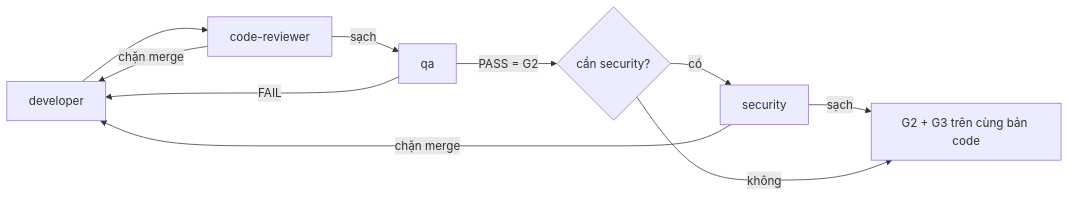
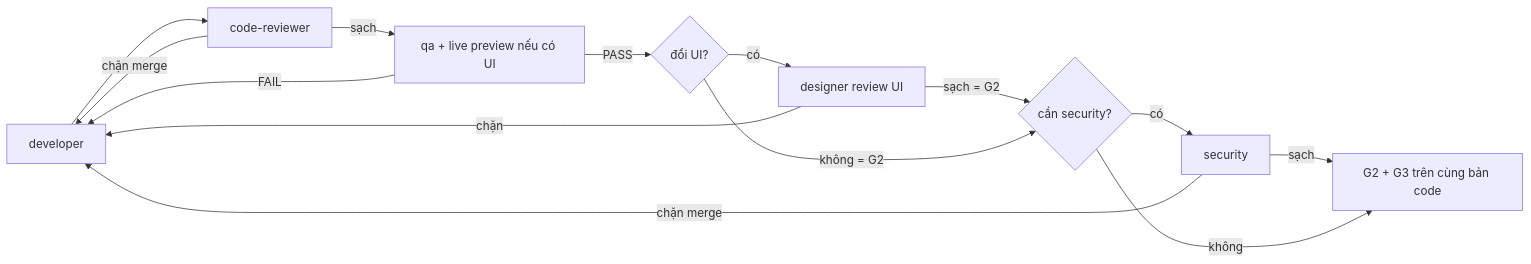
Before and after one commit to Tuan-Quyen/technical-teams: the second of 4 diagrams in README.md, drawn with Mermaid. The commit also changed other lines of this file and 22 other files, not shown here.

First line of the commit message:
Add designer role and live-preview QA skill

````diff
--- a/README.md
+++ b/README.md
@@ -176,12 +182,16 @@
 ```mermaid
 flowchart LR
   D[developer] --> CR[code-reviewer]
   CR -- chặn merge --> D
-  CR -- sạch --> Q[qa]
+  CR -- sạch --> Q[qa + live preview nếu có UI]
   Q -- FAIL --> D
-  Q -- PASS = G2 --> S{cần security?}
+  Q -- PASS --> U{đổi UI?}
+  U -- có --> DR[designer review UI]
+  DR -- chặn --> D
+  DR -- sạch = G2 --> S
+  U -- không = G2 --> S{cần security?}
   S -- có --> SEC[security]
   SEC -- chặn merge --> D
   SEC -- sạch --> X[G2 + G3 trên cùng bản code]
   S -- không --> X
 ```
````
